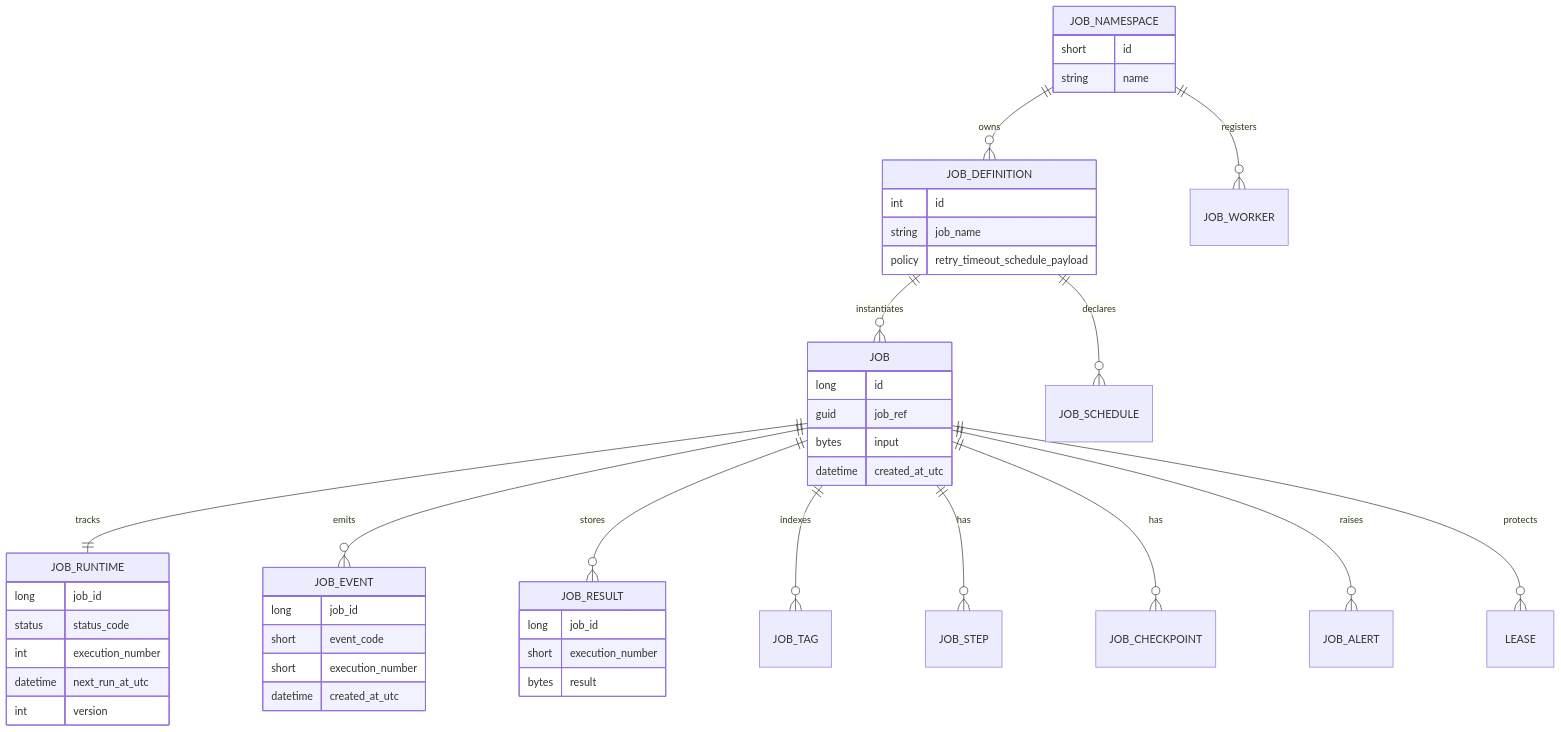
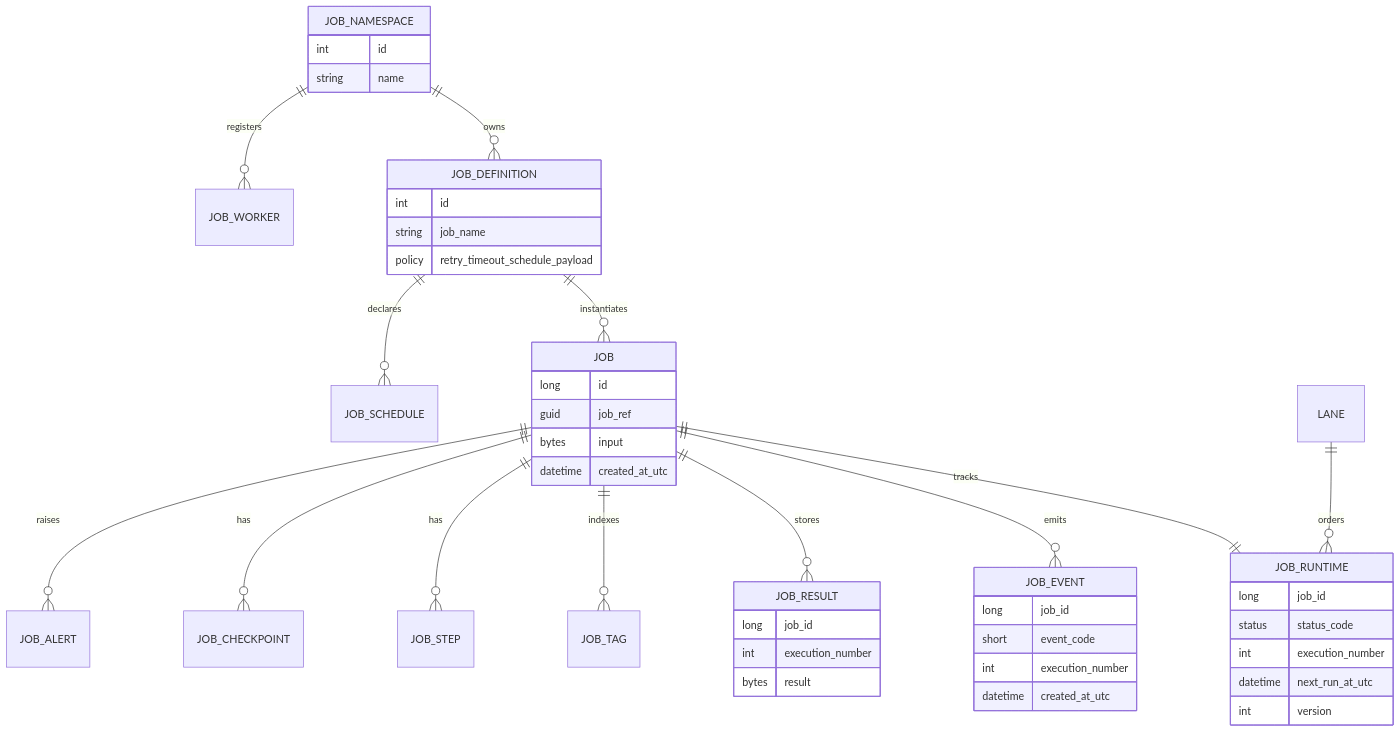
The fifth of 6 diagrams in docs/technical/architecture-diagrams.md (acta-dotnet/acta), drawn with Mermaid before and after one commit. The commit also changed other lines of this file and 7 other files, not shown here.

````diff
--- a/docs/technical/architecture-diagrams.md
+++ b/docs/technical/architecture-diagrams.md
@@ -194,52 +209,52 @@
 ```mermaid
 erDiagram
     JOB_NAMESPACE ||--o{ JOB_DEFINITION : owns
     JOB_NAMESPACE ||--o{ JOB_WORKER : registers
 
     JOB_DEFINITION ||--o{ JOB : instantiates
     JOB_DEFINITION ||--o{ JOB_SCHEDULE : declares
 
     JOB ||--|| JOB_RUNTIME : tracks
     JOB ||--o{ JOB_EVENT : emits
     JOB ||--o{ JOB_RESULT : stores
     JOB ||--o{ JOB_TAG : indexes
     JOB ||--o{ JOB_STEP : has
     JOB ||--o{ JOB_CHECKPOINT : has
     JOB ||--o{ JOB_ALERT : raises
 
-    JOB ||--o{ LEASE : protects
+    LANE ||--o{ JOB_RUNTIME : orders
 
     JOB_NAMESPACE {
-      short id
+      int id
       string name
     }
     JOB_DEFINITION {
       int id
       string job_name
       policy retry_timeout_schedule_payload
     }
     JOB {
       long id
       guid job_ref
       bytes input
       datetime created_at_utc
     }
     JOB_RUNTIME {
       long job_id
       status status_code
       int execution_number
       datetime next_run_at_utc
       int version
     }
     JOB_EVENT {
       long job_id
       short event_code
-      short execution_number
+      int execution_number
       datetime created_at_utc
     }
     JOB_RESULT {
       long job_id
-      short execution_number
+      int execution_number
       bytes result
     }
 ```
````
